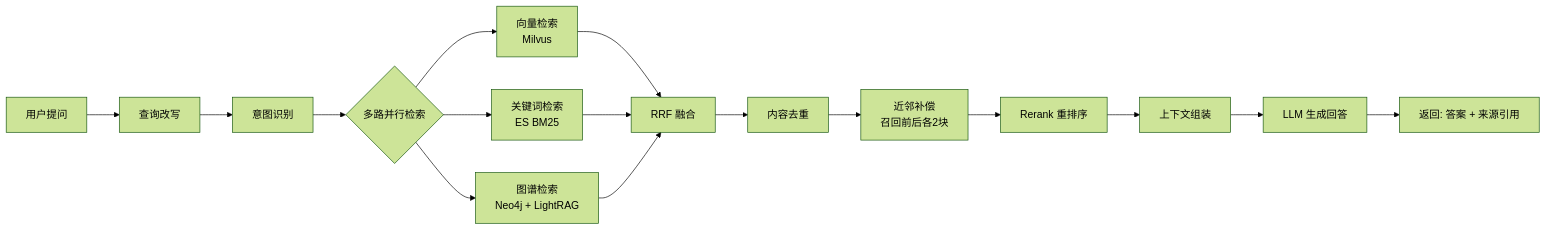
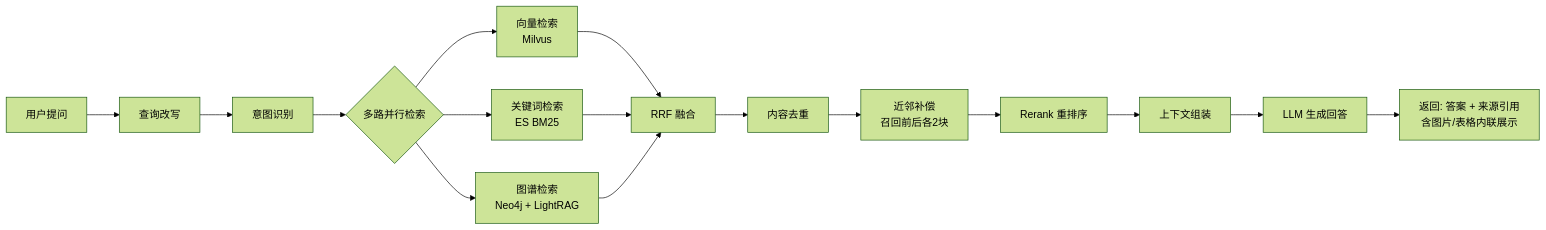
One commit to YachuanWzh/flavor-rag changed the first of 12 diagrams in 技术方案文档.md. Above: the diagram before and after it, drawn with Mermaid (forest theme). The commit also changed other lines of this file and 2 other files, not shown here.

````diff
--- a/技术方案文档.md
+++ b/技术方案文档.md
@@ -30,18 +33,18 @@
 ```mermaid
 flowchart LR
     A[用户提问] --> B[查询改写]
     B --> C[意图识别]
     C --> D{多路并行检索}
     D --> D1[向量检索<br/>Milvus]
     D --> D2[关键词检索<br/>ES BM25]
     D --> D3[图谱检索<br/>Neo4j + LightRAG]
     D1 --> E[RRF 融合]
     D2 --> E
     D3 --> E
     E --> F[内容去重]
     F --> G[近邻补偿<br/>召回前后各2块]
     G --> H[Rerank 重排序]
     H --> I[上下文组装]
     I --> J[LLM 生成回答]
-    J --> K[返回: 答案 + 来源引用]
+    J --> K[返回: 答案 + 来源引用<br/>含图片/表格内联展示]
 ```
````
